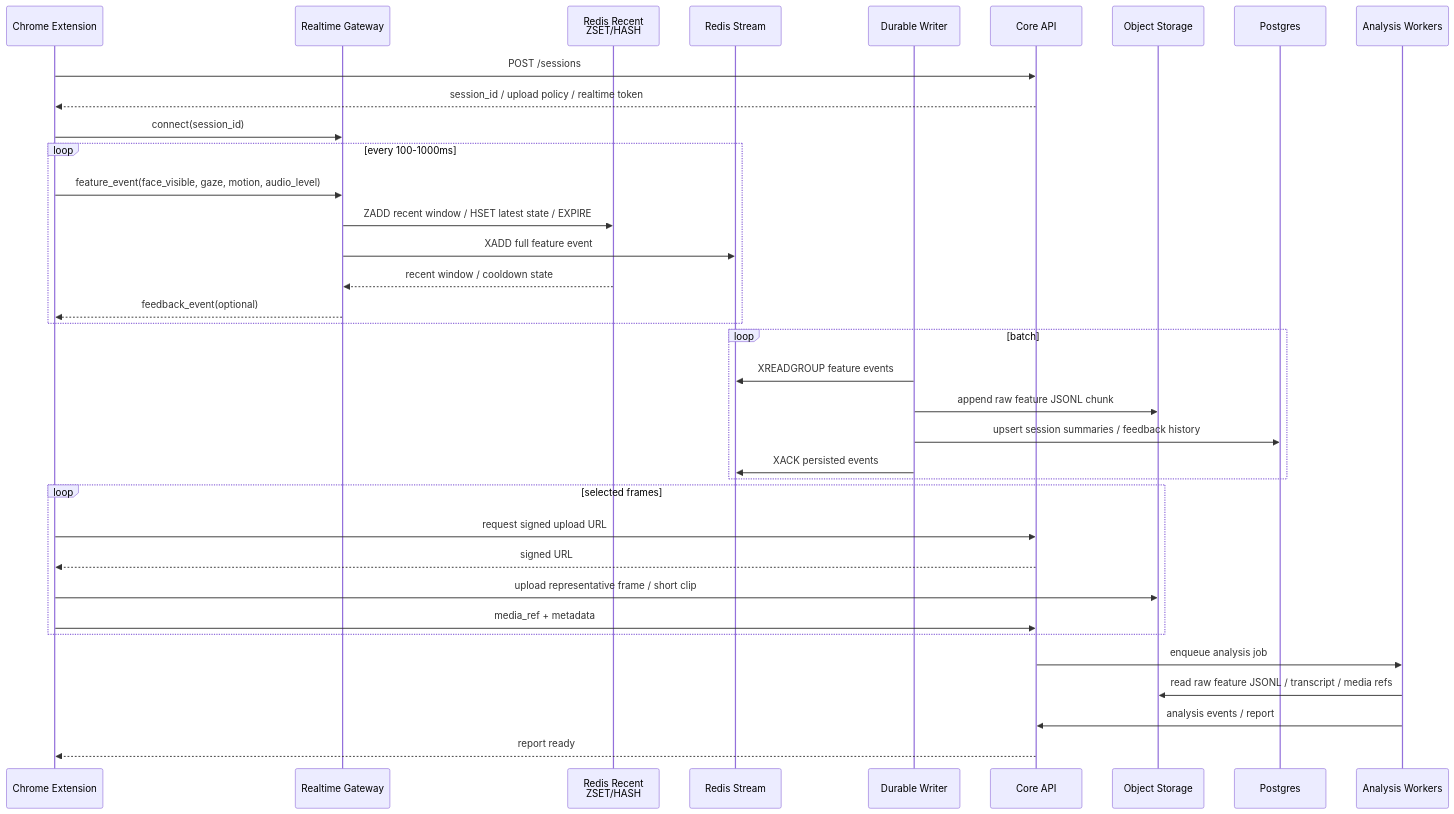
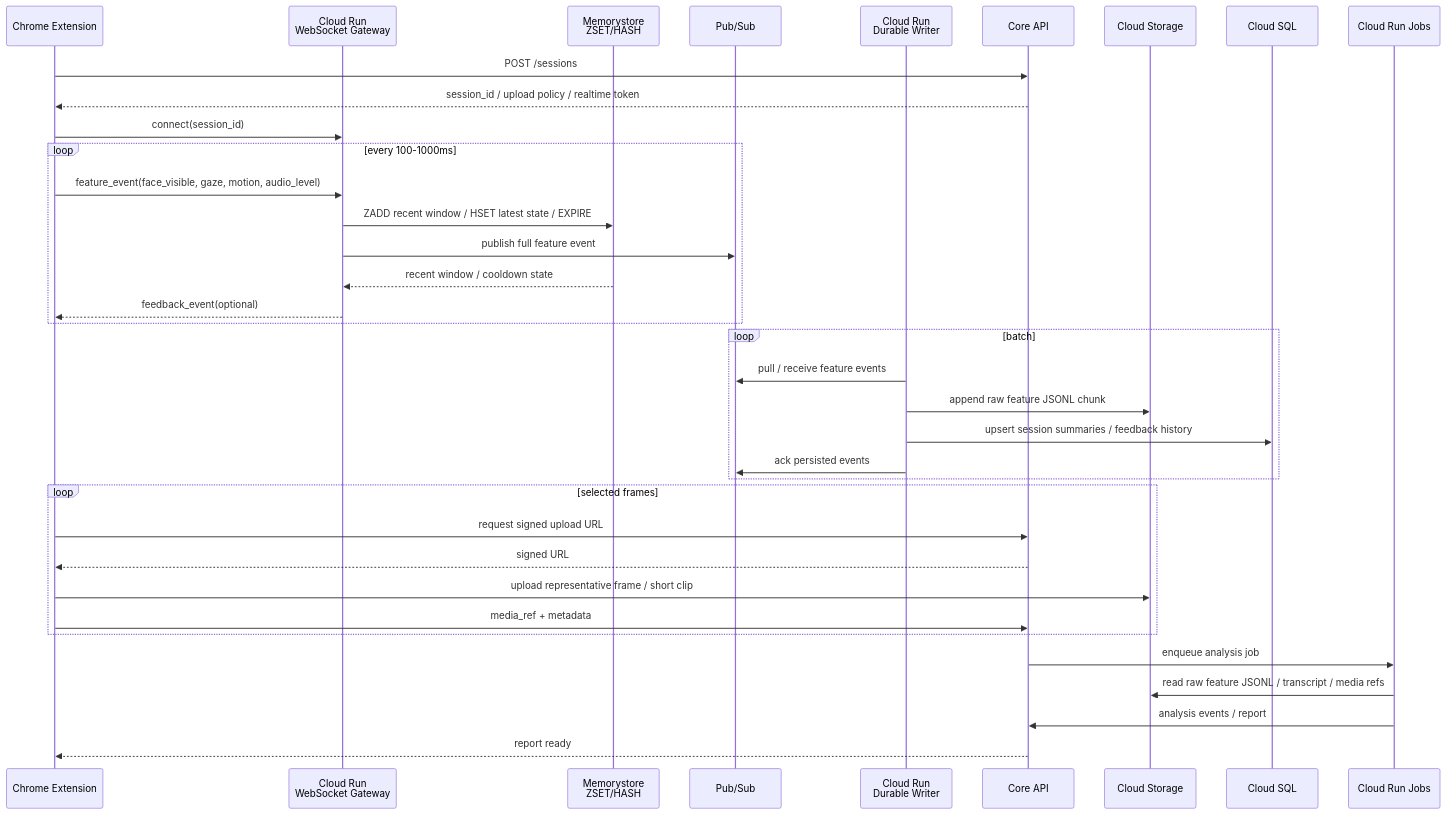
The fourth of 6 diagrams in plan/1st-plan.md (k-kanke/reaction-engine), drawn with Mermaid before and after one commit. The commit also changed other lines of this file and 2 other files, not shown here.

Commit message:
fix: replace for google cloud service

````diff
--- a/plan/1st-plan.md
+++ b/plan/1st-plan.md
@@ -243,43 +243,43 @@
 ```mermaid
 sequenceDiagram
   participant Ext as Chrome Extension
-  participant WS as Realtime Gateway
-  participant Redis as Redis Recent<br/>ZSET/HASH
-  participant Stream as Redis Stream
-  participant Writer as Durable Writer
+  participant WS as Cloud Run<br/>WebSocket Gateway
+  participant Redis as Memorystore<br/>ZSET/HASH
+  participant PubSub as Pub/Sub
+  participant Writer as Cloud Run<br/>Durable Writer
   participant API as Core API
-  participant Obj as Object Storage
-  participant DB as Postgres
-  participant Worker as Analysis Workers
+  participant Obj as Cloud Storage
+  participant DB as Cloud SQL
+  participant Worker as Cloud Run Jobs
 
   Ext->>API: POST /sessions
   API-->>Ext: session_id / upload policy / realtime token
 
   Ext->>WS: connect(session_id)
   loop every 100-1000ms
     Ext->>WS: feature_event(face_visible, gaze, motion, audio_level)
     WS->>Redis: ZADD recent window / HSET latest state / EXPIRE
-    WS->>Stream: XADD full feature event
+    WS->>PubSub: publish full feature event
     Redis-->>WS: recent window / cooldown state
     WS-->>Ext: feedback_event(optional)
   end
 
   loop batch
-    Writer->>Stream: XREADGROUP feature events
+    Writer->>PubSub: pull / receive feature events
     Writer->>Obj: append raw feature JSONL chunk
     Writer->>DB: upsert session summaries / feedback history
-    Writer->>Stream: XACK persisted events
+    Writer->>PubSub: ack persisted events
   end
 
   loop selected frames
     Ext->>API: request signed upload URL
     API-->>Ext: signed URL
     Ext->>Obj: upload representative frame / short clip
     Ext->>API: media_ref + metadata
   end
 
   API->>Worker: enqueue analysis job
   Worker->>Obj: read raw feature JSONL / transcript / media refs
   Worker->>API: analysis events / report
   API-->>Ext: report ready
 ```
````
